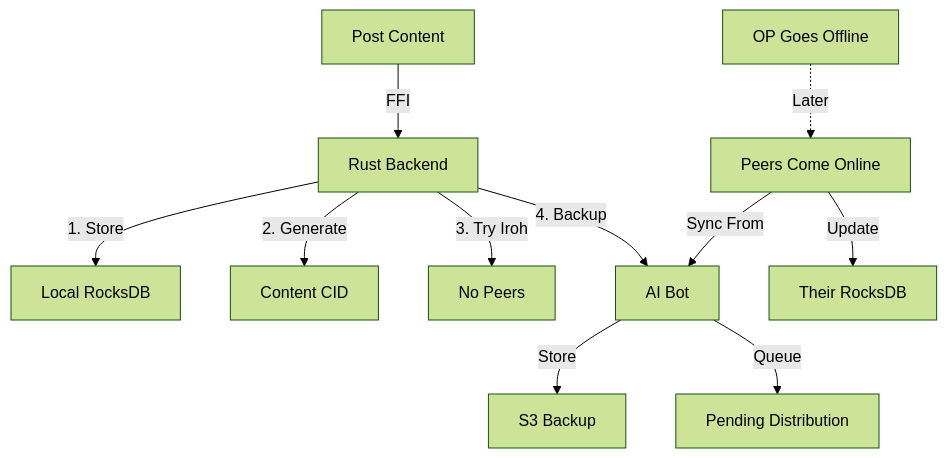
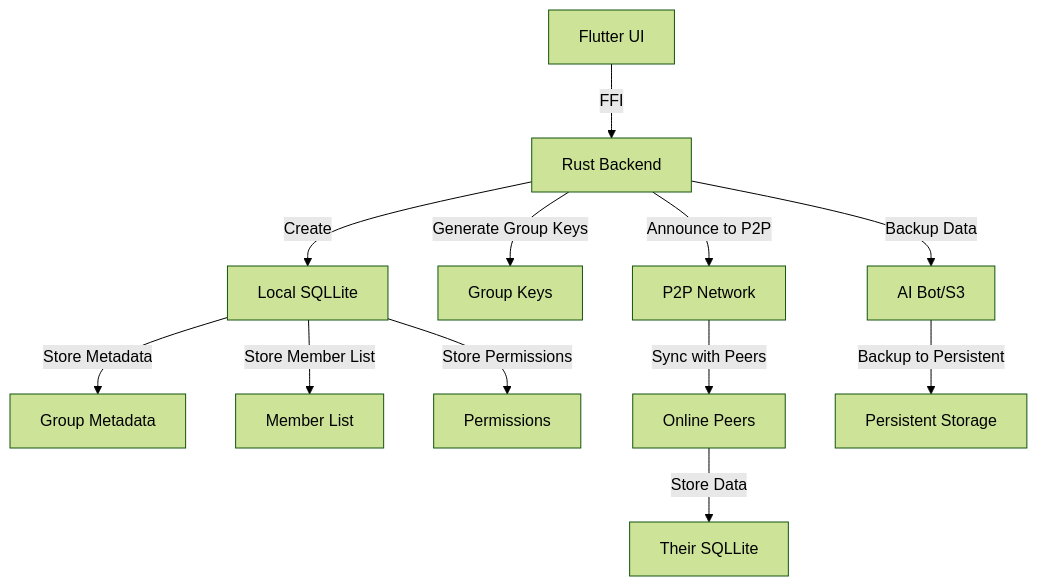
One commit to goldilocksfashion/dripp-backend changed the second of 13 diagrams in README.md. Above: the diagram before and after it, drawn with Mermaid (forest theme). The commit also changed other lines of this file, not shown here.

Commit message:
Structural: FFI stuff added

````diff
--- a/README.md
+++ b/README.md
@@ -28,15 +28,14 @@
 ```mermaid
 graph TD
-    A[Post Content] -->|FFI| B[Rust Backend]
-    B -->|1. Store| C[Local RocksDB]
-    B -->|2. Generate| D[Content CID]
-    B -->|3. Try Iroh| E[No Peers]
-    B -->|4. Backup| F[AI Bot]
-    
-    F -->|Store| G[S3 Backup]
-    F -->|Queue| H[Pending Distribution]
-    
-    I[OP Goes Offline] -.->|Later| J[Peers Come Online]
-    J -->|Sync From| F
-    J -->|Update| K[Their RocksDB]
+    A[Flutter UI] -->|FFI| B[Rust Backend]
+    B -->|Create| C[Local SQLLite]
+    B -->|Generate Group Keys| D[Group Keys]
+    B -->|Announce to P2P| E[P2P Network]
+    B -->|Backup Data| F[AI Bot/S3]    
+    C -->|Store Metadata| G[Group Metadata]
+    C -->|Store Member List| H[Member List]
+    C -->|Store Permissions| I[Permissions]
+    E -->|Sync with Peers| J[Online Peers]
+    J -->|Store Data| K[Their SQLLite]    
+    F -->|Backup to Persistent| L[Persistent Storage]
 ```
````
